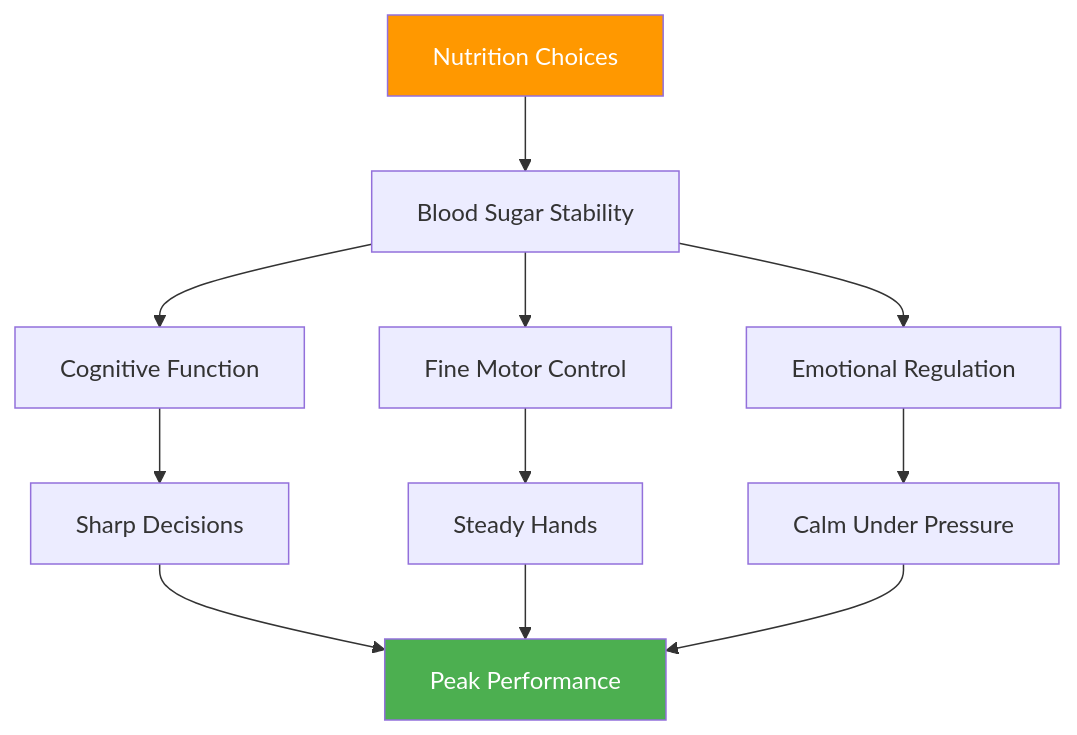
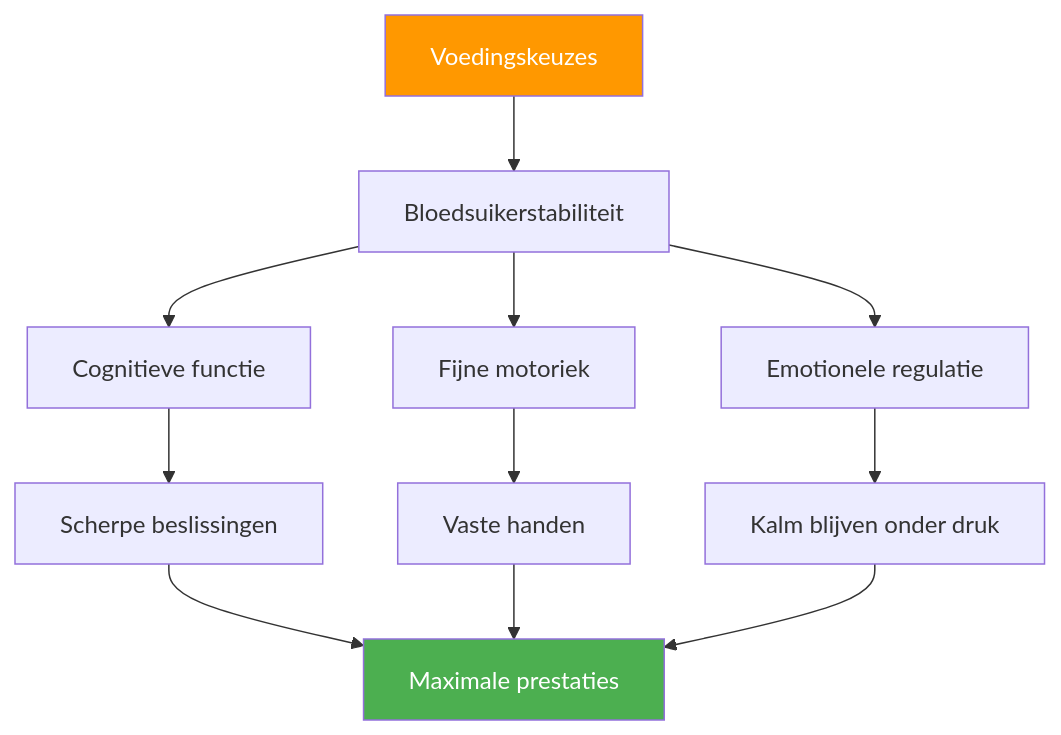
Before and after one commit to patwii/petanque-academy: the diagram in docs/nl/articles/nutrition-competition.md, drawn with Mermaid. The commit also changed other lines of this file and 550 other files, not shown here.

````diff
--- a/docs/nl/articles/nutrition-competition.md
+++ b/docs/nl/articles/nutrition-competition.md
@@ -22,18 +22,18 @@
 ```mermaid
 flowchart TD
-    A[Nutrition Choices] --> B[Blood Sugar Stability]
-    B --> C[Cognitive Function]
-    B --> D[Fine Motor Control]
-    B --> E[Emotional Regulation]
+    A[Voedingskeuzes] --> B[Bloedsuikerstabiliteit]
+    B --> C[Cognitieve functie]
+    B --> D[Fijne motoriek]
+    B --> E[Emotionele regulatie]
 
-    C --> F[Sharp Decisions]
-    D --> G[Steady Hands]
-    E --> H[Calm Under Pressure]
+    C --> F[Scherpe beslissingen]
+    D --> G[Vaste handen]
+    E --> H[Kalm blijven onder druk]
 
-    F --> I[Peak Performance]
+    F --> I[Maximale prestaties]
     G --> I
     H --> I
 
     style A fill:#FF9800,color:#fff
     style I fill:#4CAF50,color:#fff
 ```
````
